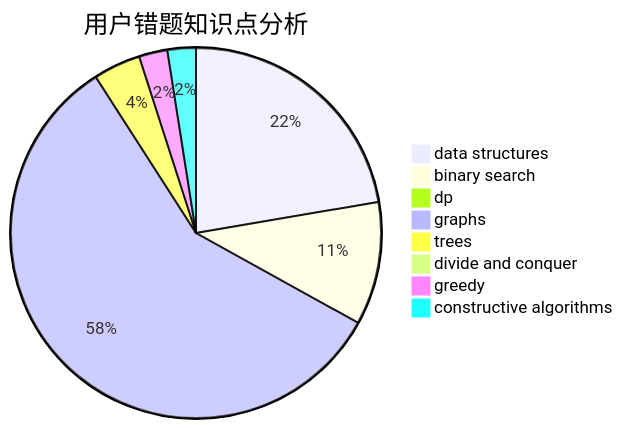
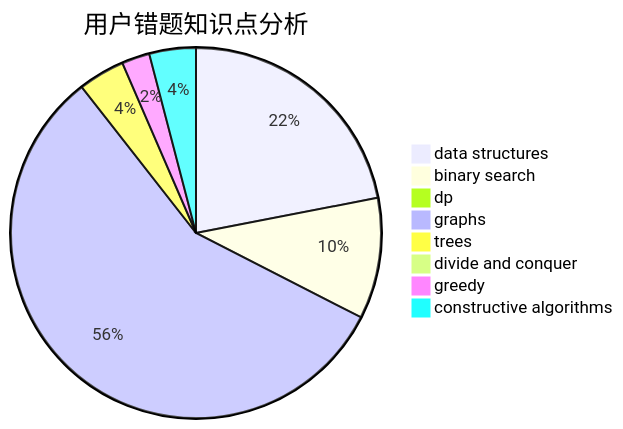
One commit to sherpahu/cfrs.github.io changed the third of 3 diagrams in docs/user/u1820.md. Above: the diagram before and after it, drawn with Mermaid. The commit also changed other lines of this file and 2770 other files, not shown here.

````diff
--- a/docs/user/u1820.md
+++ b/docs/user/u1820.md
@@ -36,11 +36,11 @@
 ```mermaid
 pie title 用户错题知识点分析
     "data structures" :  27
     "binary search" :  13
-    "dp" :  0
+    "dp" :  1
     "graphs" :  70
     "trees" :  5
     "divide and conquer" :  0
     "greedy" :  3
-    "constructive algorithms" :  3
+    "constructive algorithms" :  5
 ```
````
